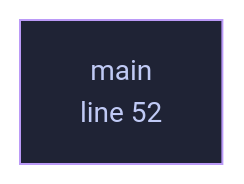
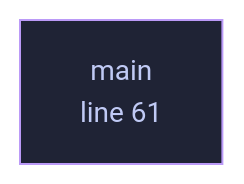
Before and after one commit to tilas01/veilvoice: the diagram in docs/files/veilvoice-gui/main.md, drawn with Mermaid. The commit also changed other lines of this file and 487 other files, not shown here.

````diff
--- a/docs/files/veilvoice-gui/main.md
+++ b/docs/files/veilvoice-gui/main.md
@@ -79,8 +89,8 @@
 ```mermaid
 %%{init: {"theme":"base","themeVariables":{"background":"#1a1b26","primaryColor":"#1f2335","primaryTextColor":"#c0caf5","primaryBorderColor":"#7aa2f7","secondaryColor":"#16161e","tertiaryColor":"#16161e","lineColor":"#737aa2","textColor":"#c0caf5","mainBkg":"#1f2335","nodeBorder":"#7aa2f7","clusterBkg":"#16161e","clusterBorder":"#2f3549","fontFamily":"ui-monospace, SFMono-Regular, Consolas, monospace","fontSize":"14px"}}}%%
 flowchart TD
-    n_main["main<br/>line 52"]
-    click n_main href "https://github.com/tilas01/veilvoice/blob/main/crates/veilvoice-gui/src/main.rs#L52" "open the source"
+    n_main["main<br/>line 61"]
+    click n_main href "https://github.com/tilas01/veilvoice/blob/main/crates/veilvoice-gui/src/main.rs#L61" "open the source"
     classDef helper fill:#1f2335,stroke:#bb9af7,color:#c0caf5
     class n_main helper
 ```
````
